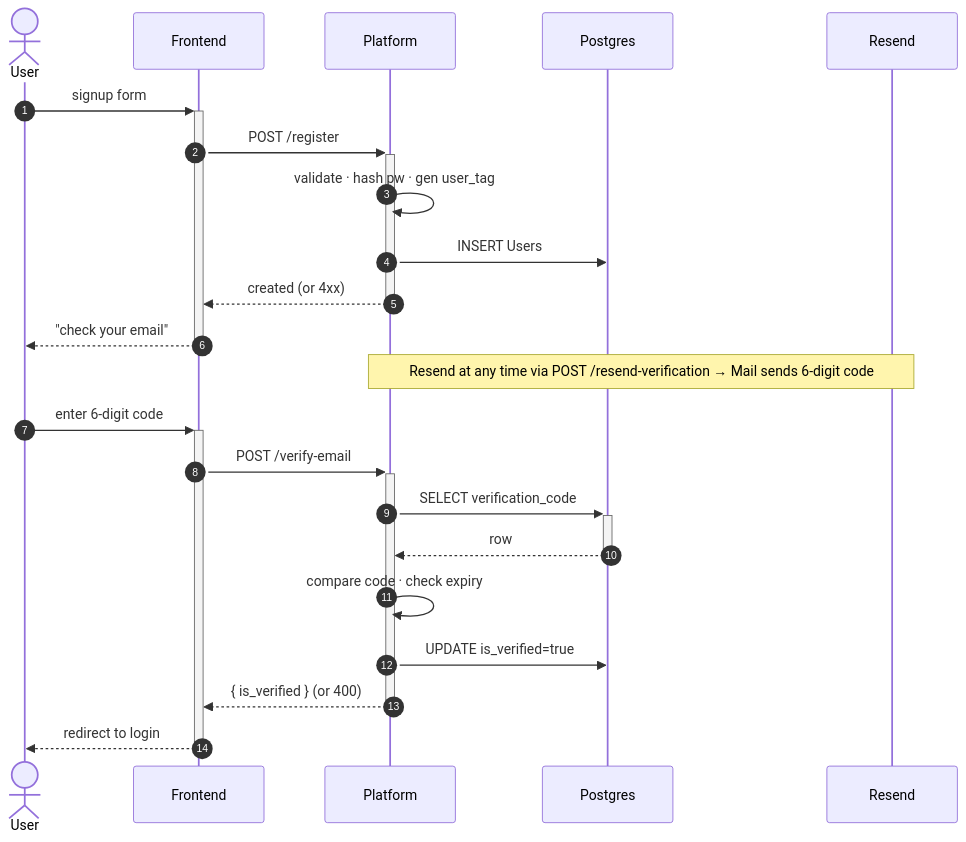
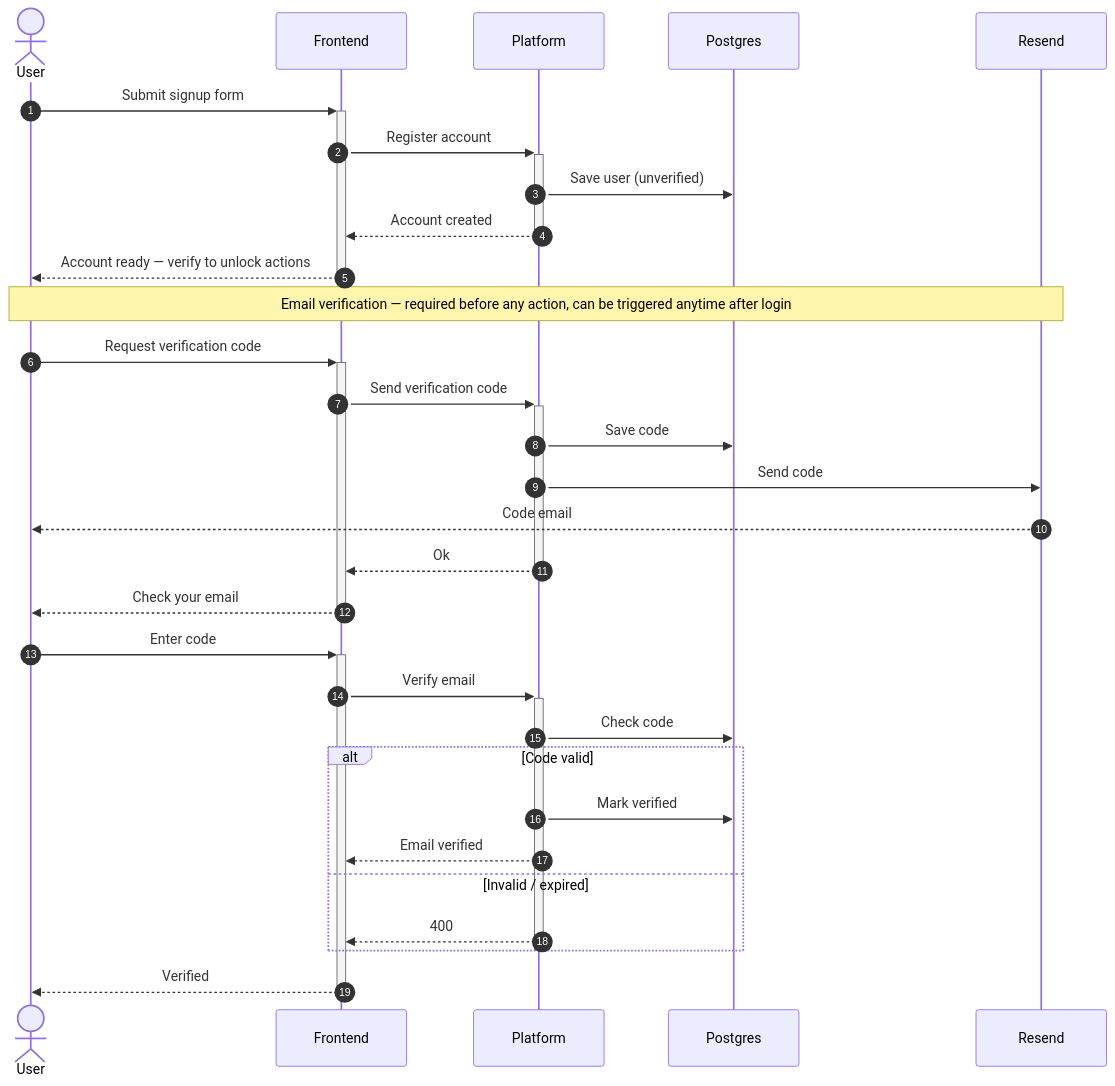
Before and after one commit to MohamedChebbi123/teamnest: the first of 16 diagrams in docs/SEQUENCE_DIAGRAMS.md, drawn with Mermaid. The commit also changed other lines of this file, not shown here.

````diff
--- a/docs/SEQUENCE_DIAGRAMS.md
+++ b/docs/SEQUENCE_DIAGRAMS.md
@@ -24,27 +24,37 @@
 ```mermaid
 sequenceDiagram
     autonumber
     actor User
     participant FE as Frontend
     participant API as Platform
     participant DB as Postgres
     participant Mail as Resend
 
-    User->>+FE: signup form
-    FE->>+API: POST /register
-    API->>API: validate · hash pw · gen user_tag
-    API->>DB: INSERT Users
-    API-->>-FE: created (or 4xx)
-    FE-->>-User: "check your email"
+    User->>+FE: Submit signup form
+    FE->>+API: Register account
+    API->>DB: Save user (unverified)
+    API-->>-FE: Account created
+    FE-->>-User: Account ready — verify to unlock actions
 
-    Note over API,Mail: Resend at any time via POST /resend-verification → Mail sends 6-digit code
+    Note over User,Mail: Email verification — required before any action, can be triggered anytime after login
 
-    User->>+FE: enter 6-digit code
-    FE->>+API: POST /verify-email
-    API->>+DB: SELECT verification_code
-    DB-->>-API: row
-    API->>API: compare code · check expiry
-    API->>DB: UPDATE is_verified=true
-    API-->>-FE: { is_verified } (or 400)
-    FE-->>-User: redirect to login
+    User->>+FE: Request verification code
+    FE->>+API: Send verification code
+    API->>DB: Save code
+    API->>Mail: Send code
+    Mail-->>User: Code email
+    API-->>-FE: Ok
+    FE-->>-User: Check your email
+
+    User->>+FE: Enter code
+    FE->>+API: Verify email
+    API->>DB: Check code
+    alt Code valid
+        API->>DB: Mark verified
+        API-->>FE: Email verified
+    else Invalid / expired
+        API-->>FE: 400
+    end
+    deactivate API
+    FE-->>-User: Verified
 ```
````
